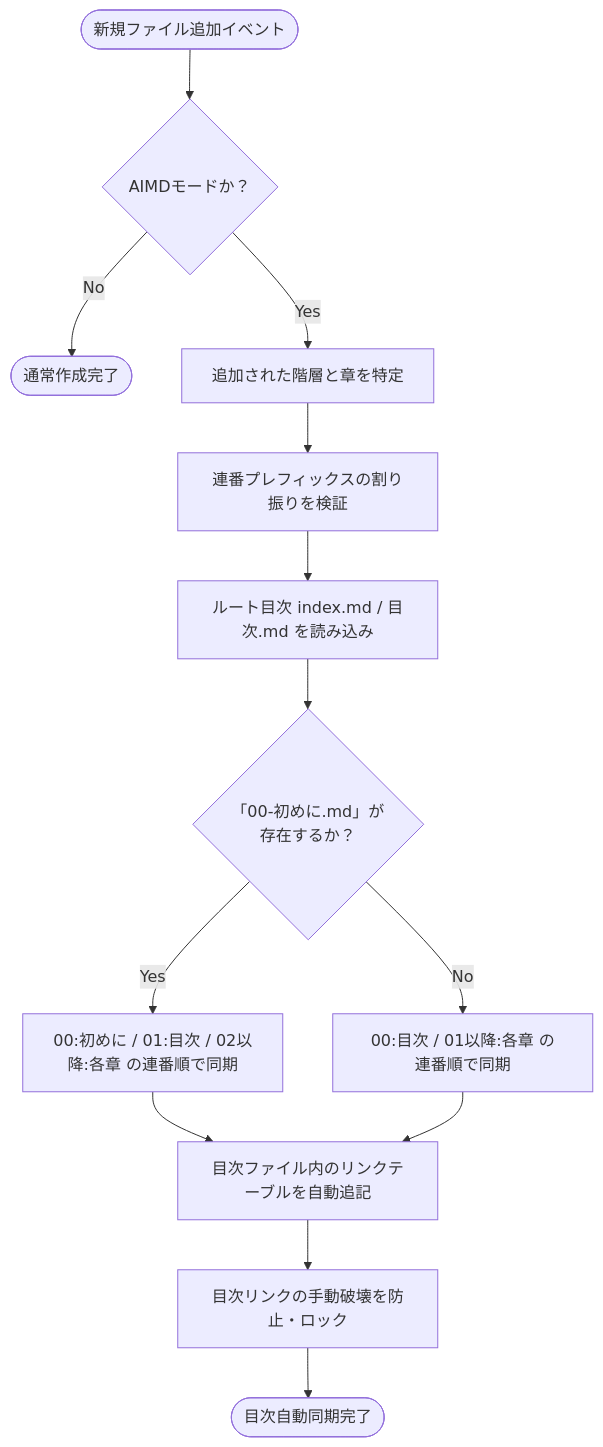
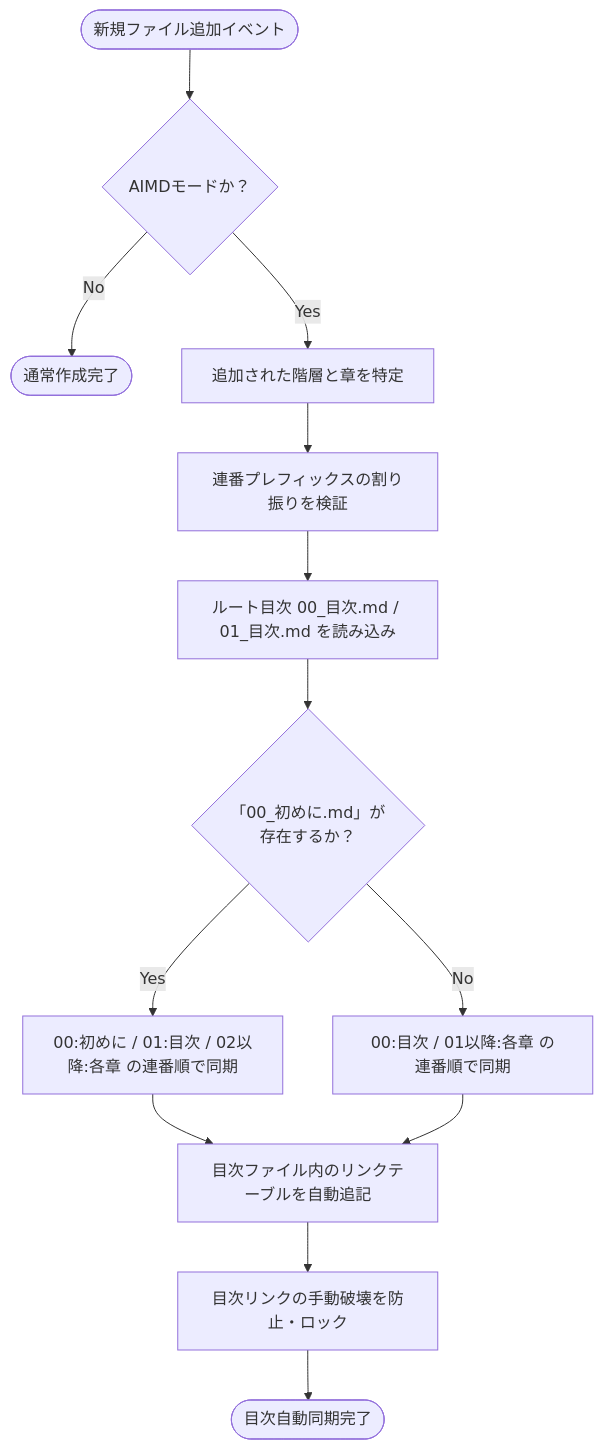
Before and after one commit to kazukig/MarkdownProject: the fifth of 6 diagrams in 02_要件定義/AIMDStudio.md, drawn with Mermaid. The commit also changed other lines of this file and 1 other file, not shown here.

````diff
--- a/02_要件定義/AIMDStudio.md
+++ b/02_要件定義/AIMDStudio.md
@@ -243,20 +243,20 @@
 ```mermaid
 flowchart TD
     Start([新規ファイル追加イベント]) --> ModeCheck{AIMDモードか？}
     
     ModeCheck -- No --> End([通常作成完了])
     
     ModeCheck -- Yes --> DetectLoc[追加された階層と章を特定]
     DetectLoc --> CheckPrefix[連番プレフィックスの割り振りを検証]
-    CheckPrefix --> ReadIndex[ルート目次 index.md / 目次.md を読み込み]
+    CheckPrefix --> ReadIndex[ルート目次 00_目次.md / 01_目次.md を読み込み]
     
-    ReadIndex --> IntroCheck{「00-初めに.md」が<br/>存在するか？}
+    ReadIndex --> IntroCheck{「00_初めに.md」が<br/>存在するか？}
     IntroCheck -- Yes --> AlignIntro[00:初めに / 01:目次 / 02以降:各章 の連番順で同期]
     IntroCheck -- No --> AlignNormal[00:目次 / 01以降:各章 の連番順で同期]
     
     AlignIntro --> UpdateIndex[目次ファイル内のリンクテーブルを自動追記]
     AlignNormal --> UpdateIndex
     
     UpdateIndex --> ProtectIndex[目次リンクの手動破壊を防止・ロック]
     ProtectIndex --> EndAIMD([目次自動同期完了])
 ```
````
